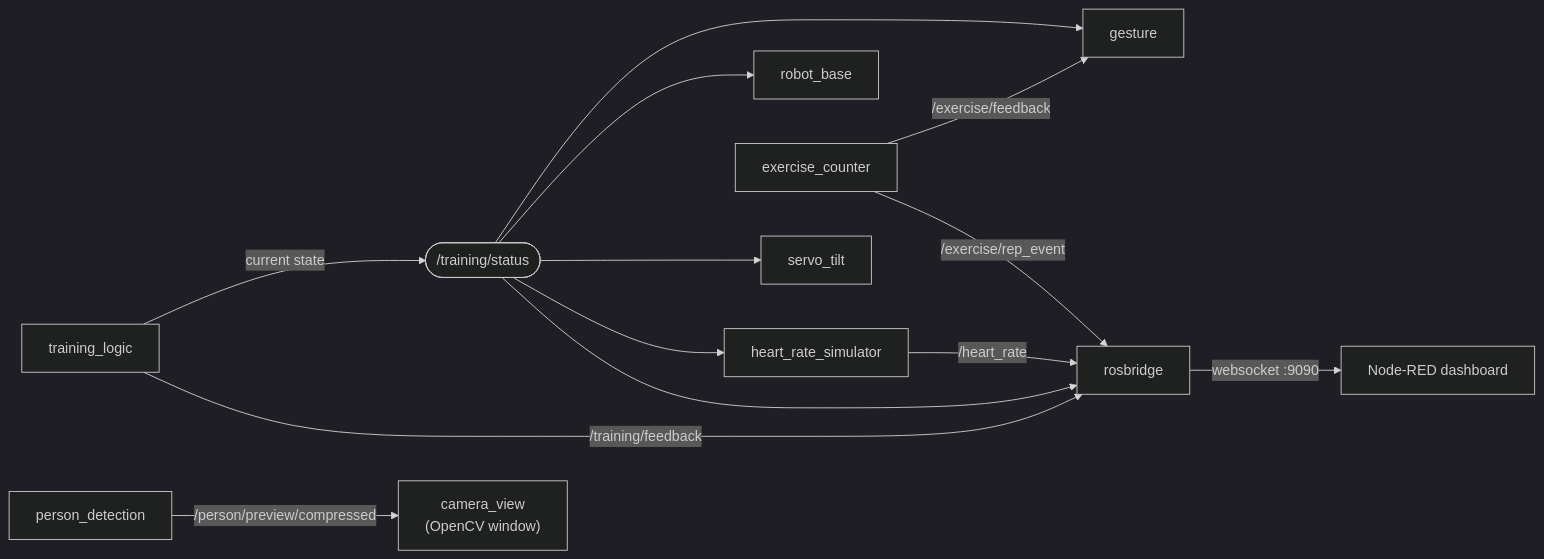
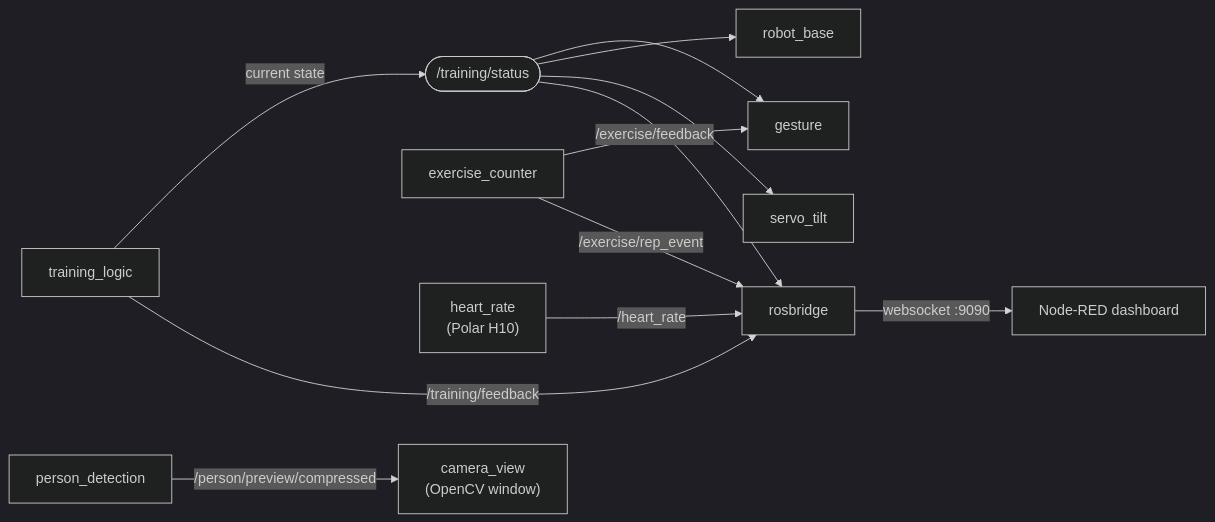
Before and after one commit to nembrinj/protofablab: the second of 2 diagrams in 2026/projects/Group_102/Readme.md, drawn with Mermaid (dark theme). The commit also changed other lines of this file and 6 other files, not shown here.

Commit message:
Group-102(Chandu): Connect the real heart rate

````diff
--- a/2026/projects/Group_102/Readme.md
+++ b/2026/projects/Group_102/Readme.md
@@ -119,29 +119,28 @@
 ``` mermaid
 flowchart LR
     LOGIC["training_logic"]
     STATUS(["/training/status"])
     GEST["gesture"]
     BASE["robot_base"]
     TILT["servo_tilt"]
     EX["exercise_counter"]
     PD["person_detection"]
-    HR["heart_rate_simulator"]
+    HR["heart_rate<br/>(Polar H10)"]
     CAMV["camera_view<br/>(OpenCV window)"]
     RB["rosbridge"]
     NR["Node-RED dashboard"]
 
     LOGIC -->|"current state"| STATUS
     STATUS --> GEST
     STATUS --> BASE
     STATUS --> TILT
-    STATUS --> HR
     EX -->|/exercise/feedback| GEST
 
     PD -->|/person/preview/compressed| CAMV
 
     STATUS --> RB
     LOGIC -->|/training/feedback| RB
     EX -->|/exercise/rep_event| RB
     HR -->|/heart_rate| RB
     RB -->|"websocket :9090"| NR
 ```
````
